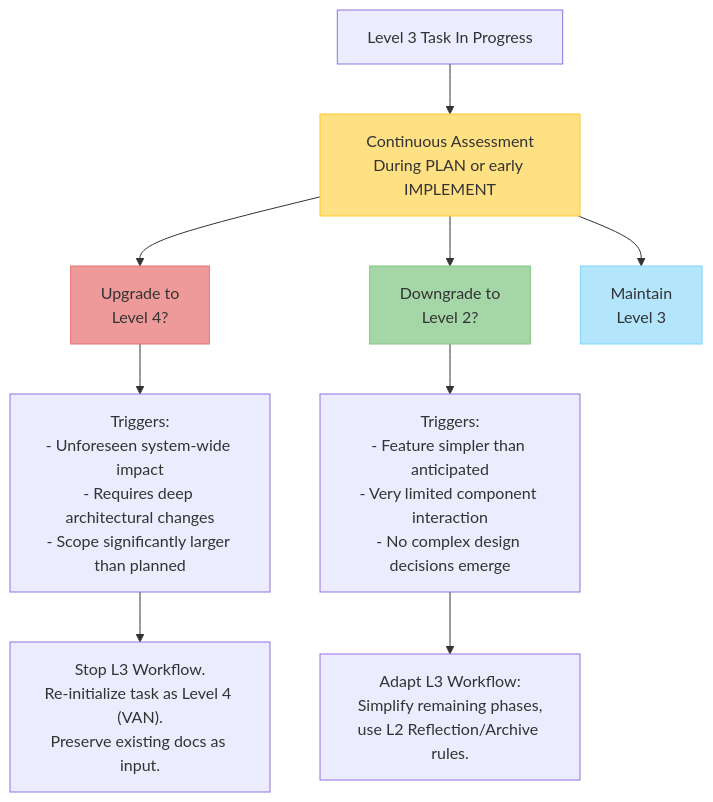
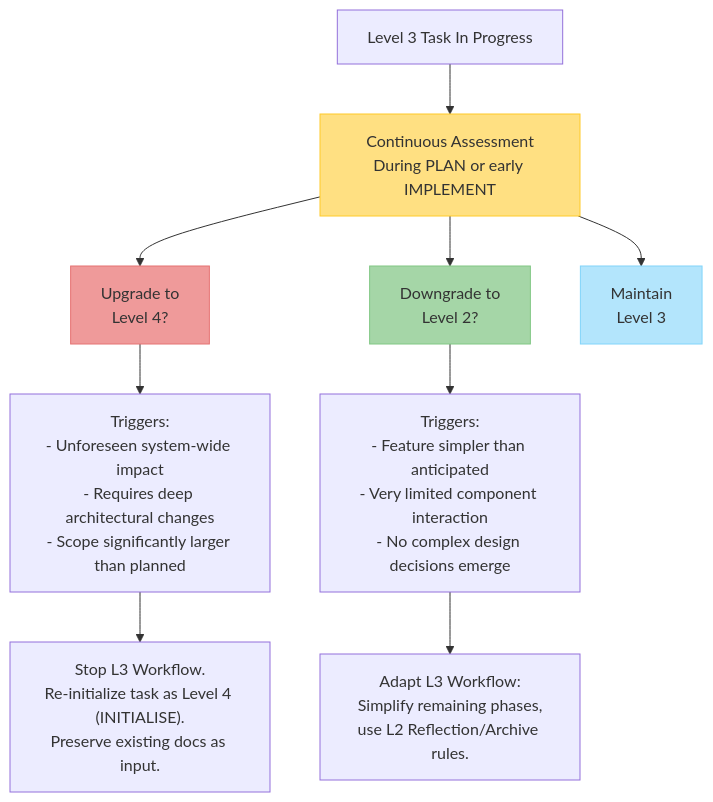
The second of 8 diagrams in .cursor/rules/isolation_rules/Level3/workflow-level3.mdc (vanzan01/cursor-memory-bank), drawn with Mermaid before and after one commit. The commit also changed other lines of this file and 31 other files, not shown here.

````diff
--- a/.cursor/rules/isolation_rules/Level3/workflow-level3.mdc
+++ b/.cursor/rules/isolation_rules/Level3/workflow-level3.mdc
@@ -47,19 +47,19 @@
 ```mermaid
 graph TD
     L3["Level 3 Task In Progress"] --> Assess["Continuous Assessment<br>During PLAN or early IMPLEMENT"]
 
     Assess --> Up["Upgrade to<br>Level 4?"]
     Assess --> Down["Downgrade to<br>Level 2?"]
     Assess --> MaintainL3["Maintain<br>Level 3"]
 
     Up --> L4Trigger["Triggers:<br>- Unforeseen system-wide impact<br>- Requires deep architectural changes<br>- Scope significantly larger than planned"]
     Down --> L2Trigger["Triggers:<br>- Feature simpler than anticipated<br>- Very limited component interaction<br>- No complex design decisions emerge"]
 
-    L4Trigger --> L4Switch["Stop L3 Workflow.<br>Re-initialize task as Level 4 (VAN).<br>Preserve existing docs as input."]
+    L4Trigger --> L4Switch["Stop L3 Workflow.<br>Re-initialize task as Level 4 (INITIALISE).<br>Preserve existing docs as input."]
     L2Trigger --> L2Switch["Adapt L3 Workflow:<br>Simplify remaining phases,<br>use L2 Reflection/Archive rules."]
     
     style Assess fill:#ffe082,stroke:#ffca28
     style Up fill:#ef9a9a,stroke:#e57373
     style Down fill:#a5d6a7,stroke:#81c784
     style MaintainL3 fill:#b3e5fc,stroke:#81d4fa
 ```
````
